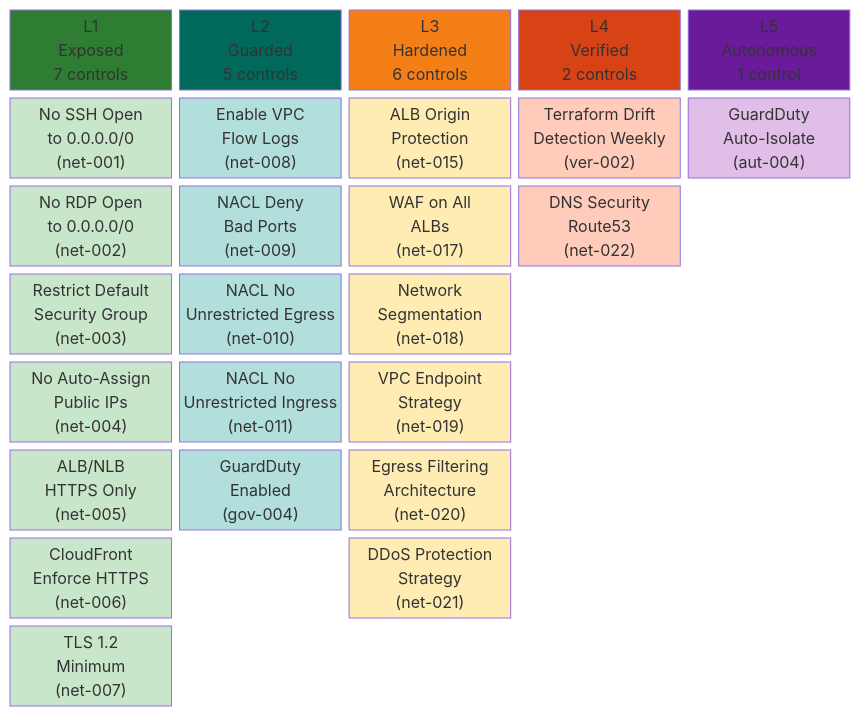
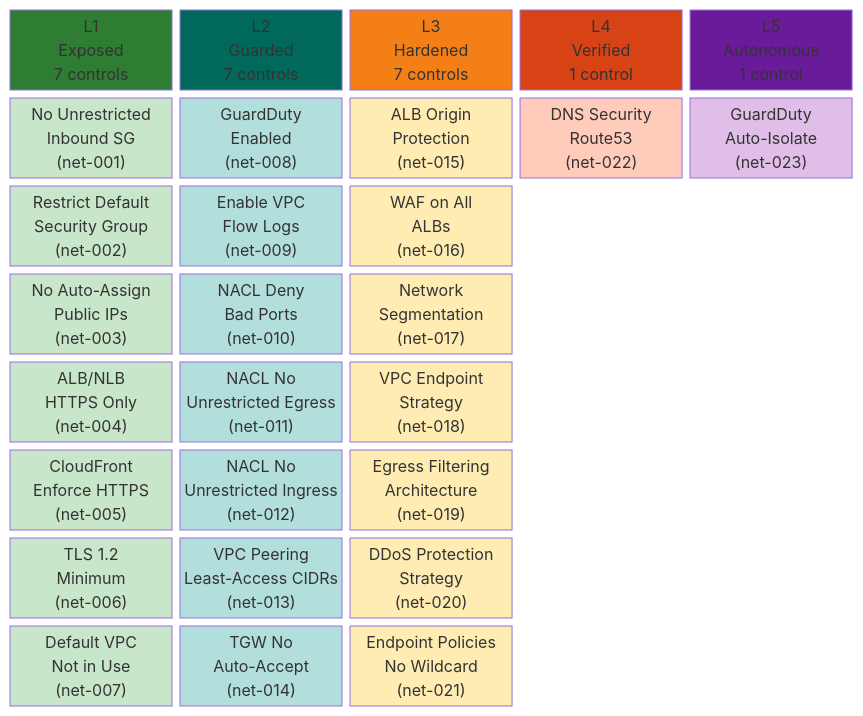
Before and after one commit to RemedySec/csmm: the first of 2 diagrams in docs/networking-pillar.md, drawn with Mermaid. The commit also changed other lines of this file and 157 other files, not shown here.

````diff
--- a/docs/networking-pillar.md
+++ b/docs/networking-pillar.md
@@ -9,52 +9,54 @@
 ```mermaid
 block-beta
   columns 5
 
-  H1["L1\nExposed\n7 controls"]:1 H2["L2\nGuarded\n5 controls"]:1 H3["L3\nHardened\n6 controls"]:1 H4["L4\nVerified\n2 controls"]:1 H5["L5\nAutonomous\n1 control"]:1
+  H1["L1\nExposed\n7 controls"]:1 H2["L2\nGuarded\n7 controls"]:1 H3["L3\nHardened\n7 controls"]:1 H4["L4\nVerified\n1 control"]:1 H5["L5\nAutonomous\n1 control"]:1
 
-  A1["No SSH Open\nto 0.0.0.0/0\n(net-001)"]:1 A2["Enable VPC\nFlow Logs\n(net-008)"]:1 A3["ALB Origin\nProtection\n(net-015)"]:1 A4["Terraform Drift\nDetection Weekly\n(ver-002)"]:1 A5["GuardDuty\nAuto-Isolate\n(aut-004)"]:1
+  A1["No Unrestricted\nInbound SG\n(net-001)"]:1 A2["GuardDuty\nEnabled\n(net-008)"]:1 A3["ALB Origin\nProtection\n(net-015)"]:1 A4["DNS Security\nRoute53\n(net-022)"]:1 A5["GuardDuty\nAuto-Isolate\n(net-023)"]:1
 
-  B1["No RDP Open\nto 0.0.0.0/0\n(net-002)"]:1 B2["NACL Deny\nBad Ports\n(net-009)"]:1 B3["WAF on All\nALBs\n(net-017)"]:1 B4["DNS Security\nRoute53\n(net-022)"]:1 space:1
+  B1["Restrict Default\nSecurity Group\n(net-002)"]:1 B2["Enable VPC\nFlow Logs\n(net-009)"]:1 B3["WAF on All\nALBs\n(net-016)"]:1 space:1 space:1
 
-  C1["Restrict Default\nSecurity Group\n(net-003)"]:1 C2["NACL No\nUnrestricted Egress\n(net-010)"]:1 C3["Network\nSegmentation\n(net-018)"]:1 space:1 space:1
+  C1["No Auto-Assign\nPublic IPs\n(net-003)"]:1 C2["NACL Deny\nBad Ports\n(net-010)"]:1 C3["Network\nSegmentation\n(net-017)"]:1 space:1 space:1
 
-  D1["No Auto-Assign\nPublic IPs\n(net-004)"]:1 D2["NACL No\nUnrestricted Ingress\n(net-011)"]:1 D3["VPC Endpoint\nStrategy\n(net-019)"]:1 space:1 space:1
+  D1["ALB/NLB\nHTTPS Only\n(net-004)"]:1 D2["NACL No\nUnrestricted Egress\n(net-011)"]:1 D3["VPC Endpoint\nStrategy\n(net-018)"]:1 space:1 space:1
 
-  E1["ALB/NLB\nHTTPS Only\n(net-005)"]:1 E2["GuardDuty\nEnabled\n(gov-004)"]:1 E3["Egress Filtering\nArchitecture\n(net-020)"]:1 space:1 space:1
+  E1["CloudFront\nEnforce HTTPS\n(net-005)"]:1 E2["NACL No\nUnrestricted Ingress\n(net-012)"]:1 E3["Egress Filtering\nArchitecture\n(net-019)"]:1 space:1 space:1
 
-  F1["CloudFront\nEnforce HTTPS\n(net-006)"]:1 space:1 F3["DDoS Protection\nStrategy\n(net-021)"]:1 space:1 space:1
+  F1["TLS 1.2\nMinimum\n(net-006)"]:1 F2["VPC Peering\nLeast-Access CIDRs\n(net-013)"]:1 F3["DDoS Protection\nStrategy\n(net-020)"]:1 space:1 space:1
 
-  G1["TLS 1.2\nMinimum\n(net-007)"]:1 space:1 space:1 space:1 space:1
+  G1["Default VPC\nNot in Use\n(net-007)"]:1 G2["TGW No\nAuto-Accept\n(net-014)"]:1 G3["Endpoint Policies\nNo Wildcard\n(net-021)"]:1 space:1 space:1
 
   style H1 fill:#2e7d32,color:#fff
   style H2 fill:#00695c,color:#fff
   style H3 fill:#f57f17,color:#fff
   style H4 fill:#d84315,color:#fff
   style H5 fill:#6a1b9a,color:#fff
 
   style A1 fill:#c8e6c9,color:#1b5e20
   style B1 fill:#c8e6c9,color:#1b5e20
   style C1 fill:#c8e6c9,color:#1b5e20
   style D1 fill:#c8e6c9,color:#1b5e20
   style E1 fill:#c8e6c9,color:#1b5e20
   style F1 fill:#c8e6c9,color:#1b5e20
   style G1 fill:#c8e6c9,color:#1b5e20
 
   style A2 fill:#b2dfdb,color:#004d40
   style B2 fill:#b2dfdb,color:#004d40
   style C2 fill:#b2dfdb,color:#004d40
   style D2 fill:#b2dfdb,color:#004d40
   style E2 fill:#b2dfdb,color:#004d40
+  style F2 fill:#b2dfdb,color:#004d40
+  style G2 fill:#b2dfdb,color:#004d40
 
   style A3 fill:#ffecb3,color:#e65100
   style B3 fill:#ffecb3,color:#e65100
   style C3 fill:#ffecb3,color:#e65100
   style D3 fill:#ffecb3,color:#e65100
   style E3 fill:#ffecb3,color:#e65100
   style F3 fill:#ffecb3,color:#e65100
+  style G3 fill:#ffecb3,color:#e65100
 
   style A4 fill:#ffccbc,color:#bf360c
-  style B4 fill:#ffccbc,color:#bf360c
 
   style A5 fill:#e1bee7,color:#4a148c
 ```
````
